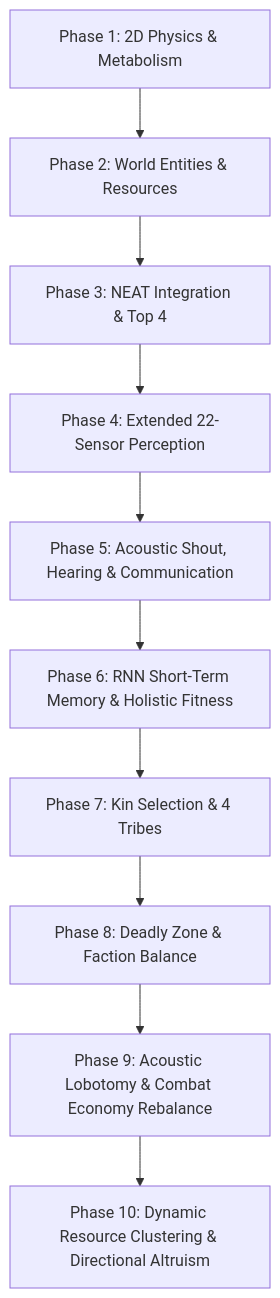
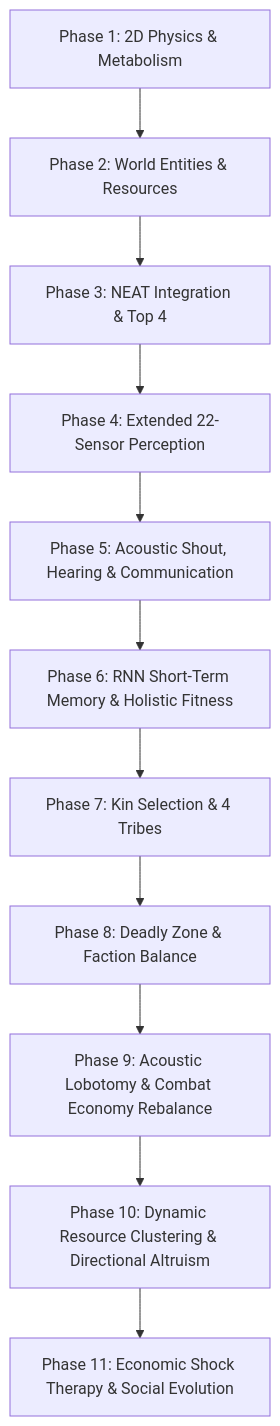
One commit to dawidnaessie/AgentReinforcementLearning changed the diagram in docs/documentation.md. Above: the diagram before and after it, drawn with Mermaid. The commit also changed other lines of this file and 7 other files, not shown here.

````diff
--- a/docs/documentation.md
+++ b/docs/documentation.md
@@ -26,12 +26,13 @@
 ```mermaid
 graph TD
     P1["Phase 1: 2D Physics & Metabolism"] --> P2["Phase 2: World Entities & Resources"]
     P2 --> P3["Phase 3: NEAT Integration & Top 4"]
     P3 --> P4["Phase 4: Extended 22-Sensor Perception"]
     P4 --> P5["Phase 5: Acoustic Shout, Hearing & Communication"]
     P5 --> P6["Phase 6: RNN Short-Term Memory & Holistic Fitness"]
     P6 --> P7["Phase 7: Kin Selection & 4 Tribes"]
     P7 --> P8["Phase 8: Deadly Zone & Faction Balance"]
     P8 --> P9["Phase 9: Acoustic Lobotomy & Combat Economy Rebalance"]
     P9 --> P10["Phase 10: Dynamic Resource Clustering & Directional Altruism"]
+    P10 --> P11["Phase 11: Economic Shock Therapy & Social Evolution"]
 ```
````
